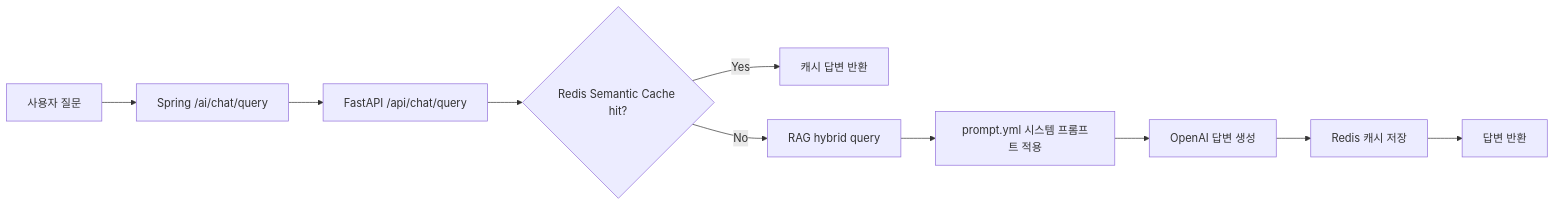
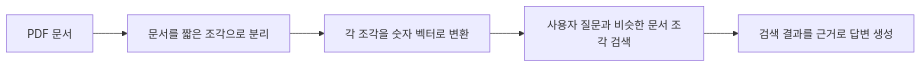
Before and after one commit to tomatosugarpickled/announcement-_ai: the fifth of 8 diagrams in README.md, drawn with Mermaid. The commit also changed other lines of this file and 6 other files, not shown here.

````diff
--- a/README.md
+++ b/README.md
@@ -285,12 +288,7 @@
 ```mermaid
 flowchart LR
-    A["사용자 질문"] --> B["Spring /ai/chat/query"]
-    B --> C["FastAPI /api/chat/query"]
-    C --> D{"Redis Semantic Cache hit?"}
-    D -- Yes --> E["캐시 답변 반환"]
-    D -- No --> F["RAG hybrid query"]
-    F --> G["prompt.yml 시스템 프롬프트 적용"]
-    G --> H["OpenAI 답변 생성"]
-    H --> I["Redis 캐시 저장"]
-    I --> J["답변 반환"]
+    A["PDF 문서"] --> B["문서를 짧은 조각으로 분리"]
+    B --> C["각 조각을 숫자 벡터로 변환"]
+    C --> D["사용자 질문과 비슷한 문서 조각 검색"]
+    D --> E["검색 결과를 근거로 답변 생성"]
 ```
````
